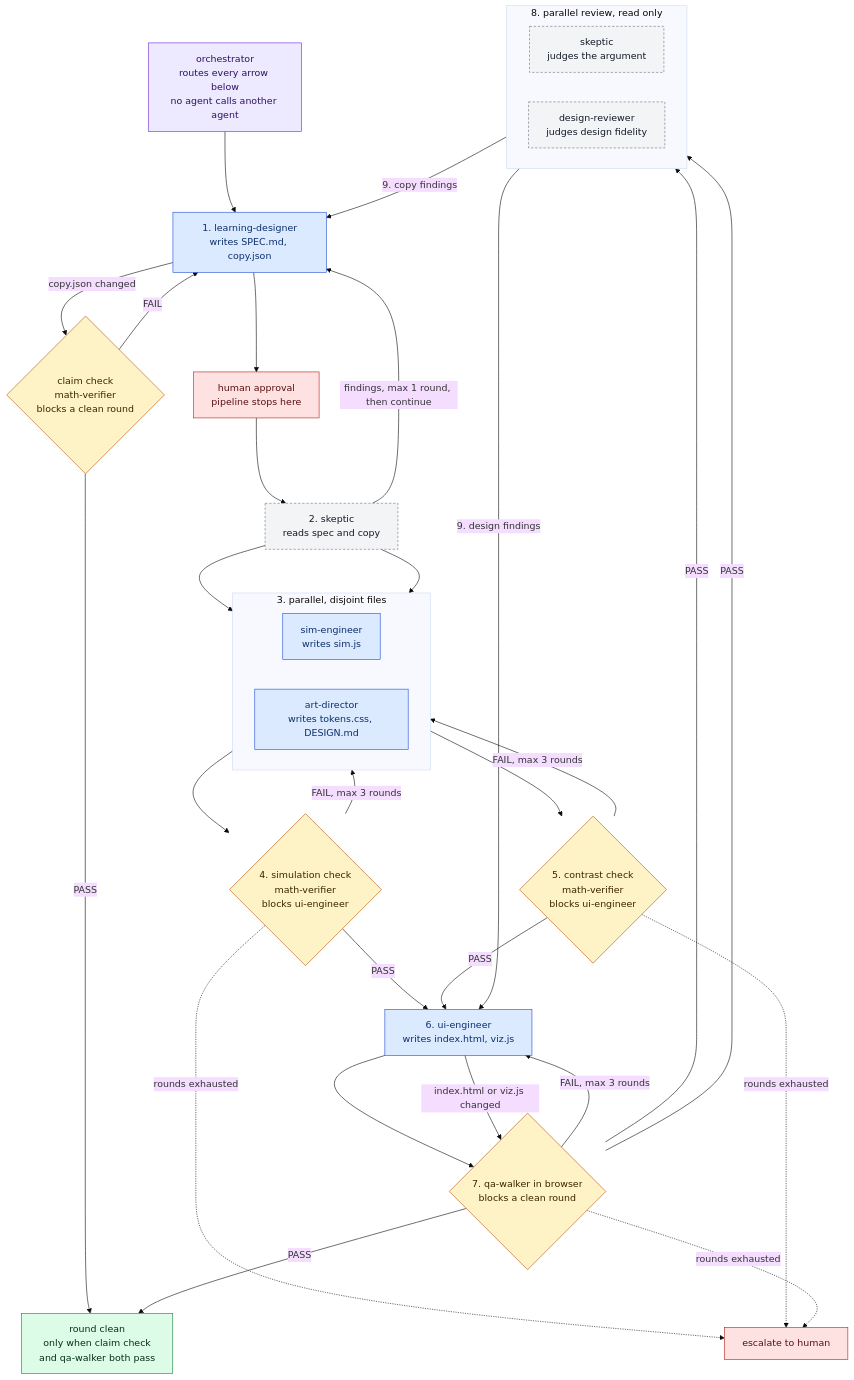
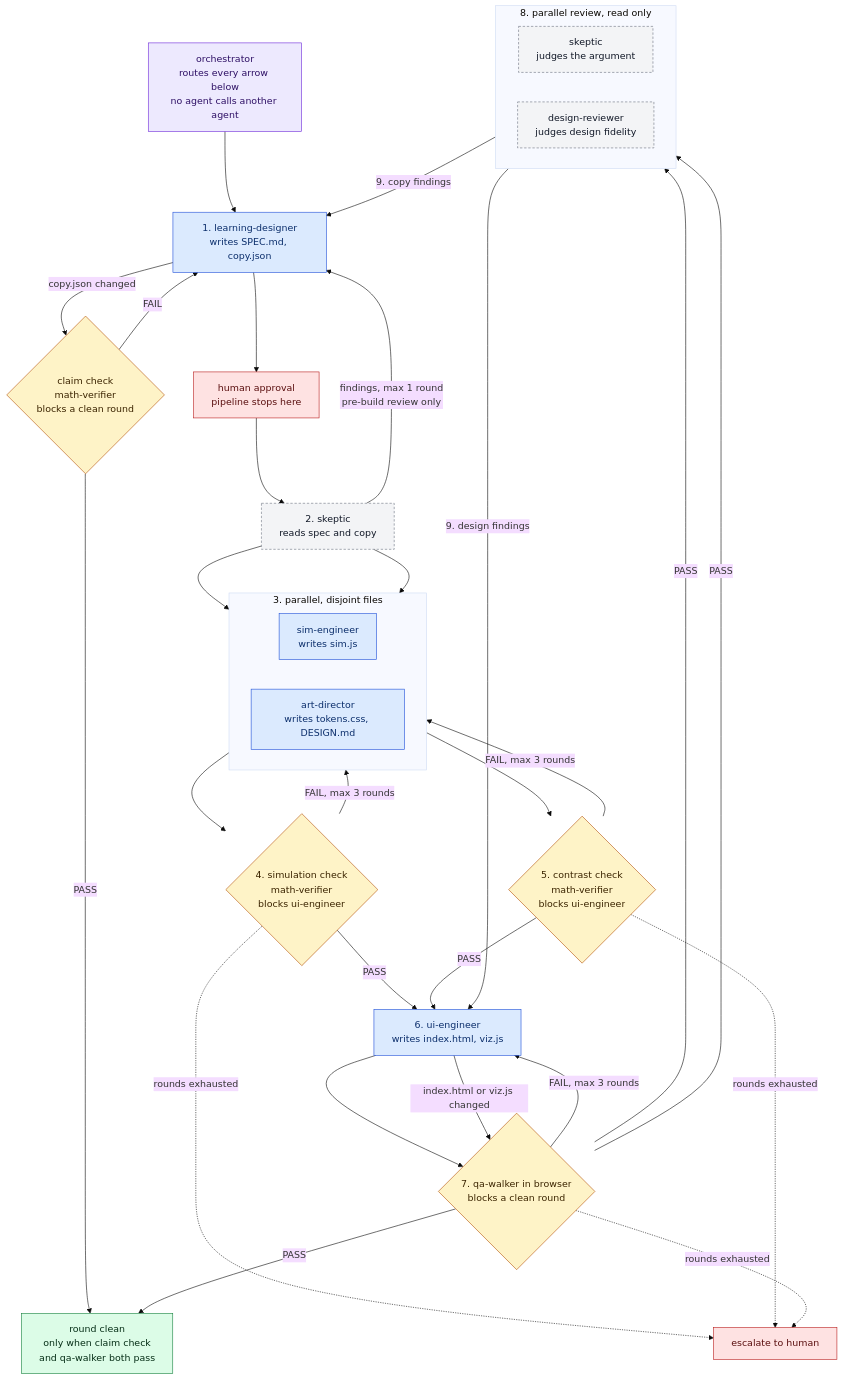
The second of 2 diagrams in README.md (gabriel-dg/agent-software-factory), drawn with Mermaid (base theme) before and after one commit. The commit also changed other lines of this file and 4 other files, not shown here.

````diff
--- a/README.md
+++ b/README.md
@@ -146,57 +146,57 @@
 ```mermaid
 flowchart TD
     ORCH["orchestrator<br/>routes every arrow below<br/>no agent calls another agent"]:::orch
     ORCH --> LD
 
     LD["1. learning-designer<br/>writes SPEC.md, copy.json"]:::writer
     LD --> HUMAN1["human approval<br/>pipeline stops here"]:::human
     HUMAN1 --> SK1["2. skeptic<br/>reads spec and copy"]:::readonly
-    SK1 -->|"findings, max 1 round, then continue"| LD
+    SK1 -->|"findings, max 1 round<br/>pre-build review only"| LD
     SK1 --> SE
     SK1 --> AD
 
     subgraph STEP3["3. parallel, disjoint files"]
       direction LR
       SE["sim-engineer<br/>writes sim.js"]:::writer
       AD["art-director<br/>writes tokens.css, DESIGN.md"]:::writer
     end
 
     SE --> G1{"4. simulation check<br/>math-verifier<br/>blocks ui-engineer"}:::gate
     AD --> G2{"5. contrast check<br/>math-verifier<br/>blocks ui-engineer"}:::gate
     G1 -->|"FAIL, max 3 rounds"| SE
     G2 -->|"FAIL, max 3 rounds"| AD
     G1 -->|PASS| UI
     G2 -->|PASS| UI
 
     UI["6. ui-engineer<br/>writes index.html, viz.js"]:::writer
     UI --> G3{"7. qa-walker in browser<br/>blocks a clean round"}:::gate
     UI -->|"index.html or viz.js changed"| G3
     G3 -->|"FAIL, max 3 rounds"| UI
     G3 -->|PASS| SK2
     G3 -->|PASS| DR
 
     subgraph STEP8["8. parallel review, read only"]
       direction LR
       SK2["skeptic<br/>judges the argument"]:::readonly
       DR["design-reviewer<br/>judges design fidelity"]:::readonly
     end
 
     SK2 -->|"9. copy findings"| LD
     DR -->|"9. design findings"| UI
     LD -->|"copy.json changed"| G4{"claim check<br/>math-verifier<br/>blocks a clean round"}:::gate
     G4 -->|FAIL| LD
     G4 -->|PASS| DONE
     G3 -->|PASS| DONE
     DONE["round clean<br/>only when claim check<br/>and qa-walker both pass"]:::done
 
     G1 -.->|"rounds exhausted"| ESC["escalate to human"]:::human
     G2 -.->|"rounds exhausted"| ESC
     G3 -.->|"rounds exhausted"| ESC
 
     classDef orch fill:#ede9fe,stroke:#6d28d9,color:#2e1065
     classDef writer fill:#dbeafe,stroke:#1d4ed8,color:#0b2e6b
     classDef readonly fill:#f3f4f6,stroke:#6b7280,color:#111827,stroke-dasharray:4 3
     classDef gate fill:#fef3c7,stroke:#b45309,color:#3b2400
     classDef human fill:#fee2e2,stroke:#b91c1c,color:#5a0f0f
     classDef done fill:#dcfce7,stroke:#15803d,color:#052e16
 ```
````
